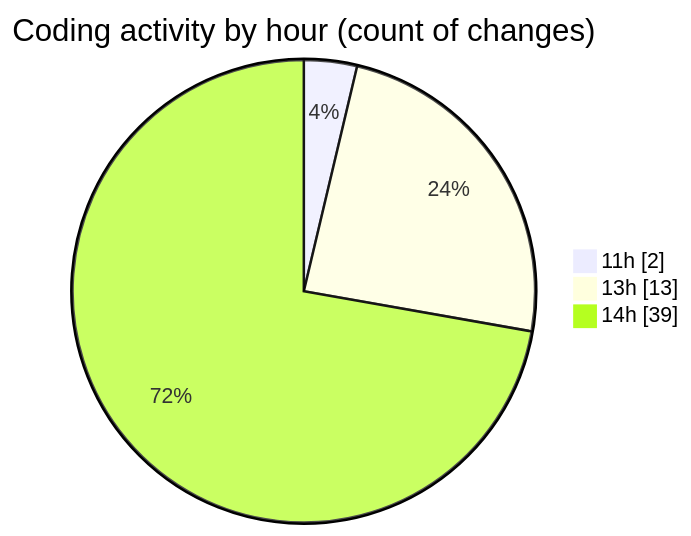
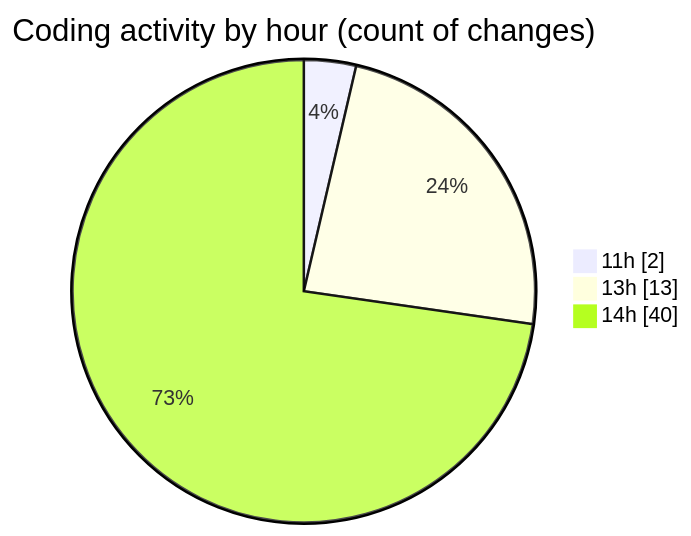
One commit to nxtqubesakshisongat/code-tracking changed the second of 2 diagrams in 2026-03-22/nxtqube_webapp/README.md. Above: the diagram before and after it, drawn with Mermaid. The commit also changed other lines of this file and 1 other file, not shown here.

````diff
--- a/2026-03-22/nxtqube_webapp/README.md
+++ b/2026-03-22/nxtqube_webapp/README.md
@@ -30,7 +30,7 @@
 ```mermaid
 pie showData
 title Coding activity by hour (count of changes)
 "11h" : 2
 "13h" : 13
-"14h" : 39
+"14h" : 40
 ```
````
